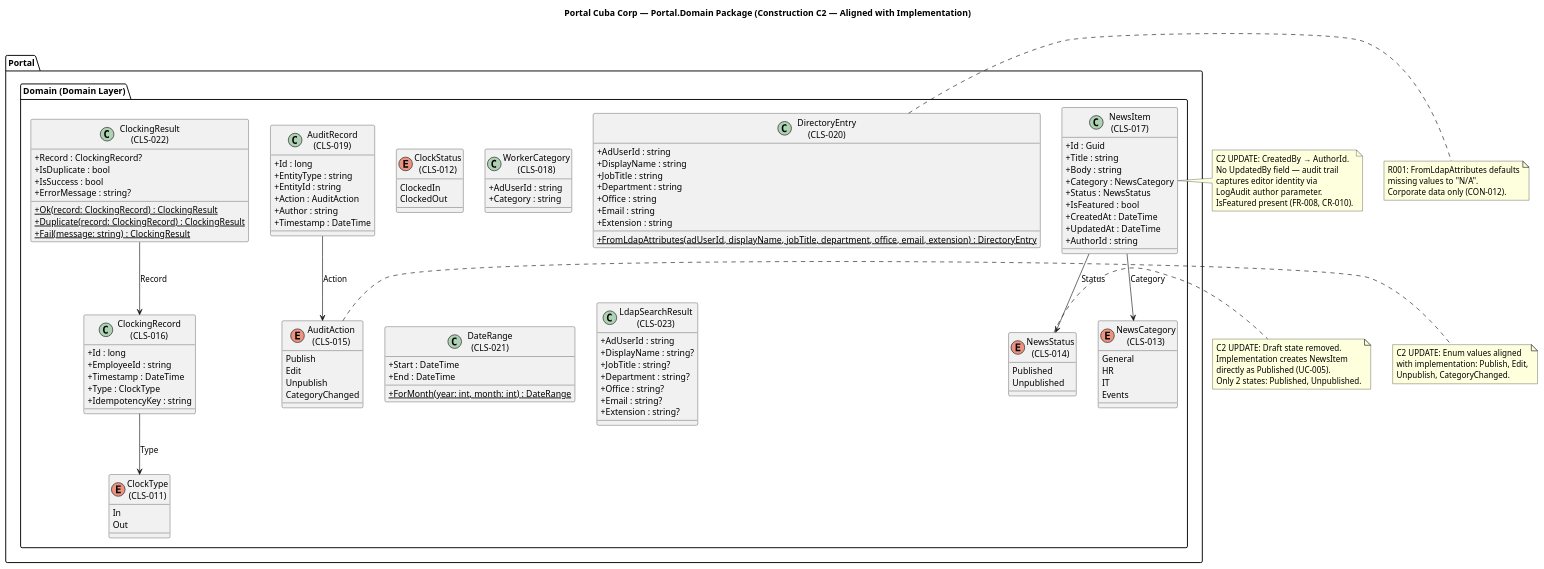
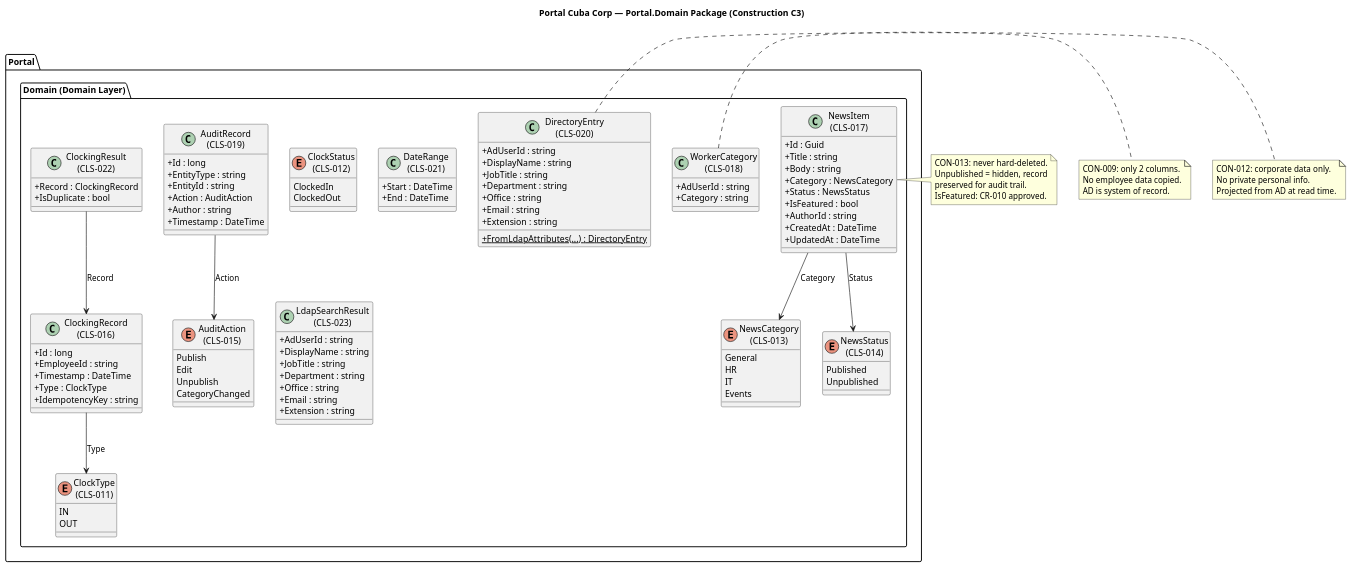
Before and after one commit to banense-test/portal-cuba-corp: diagram 14 of 32 in docs/artifacts/analysis---design/design-model.md, drawn with PlantUML. The commit also changed other lines of this file, not shown here.

````diff
--- a/docs/artifacts/analysis---design/design-model.md
+++ b/docs/artifacts/analysis---design/design-model.md
@@ -1071,14 +1064,14 @@
 ```plantuml
 @startuml
-title Portal Cuba Corp — Portal.Domain Package (Construction C2 — Aligned with Implementation)
+title Portal Cuba Corp — Portal.Domain Package (Construction C3)
 
 skinparam classAttributeIconSize 0
 
 package "Portal.Domain (Domain Layer)" {
 
   enum "ClockType\n(CLS-011)" as CLS011 {
-    In
-    Out
+    IN
+    OUT
   }
 
   enum "ClockStatus\n(CLS-012)" as CLS012 {
@@ -1120,9 +1113,9 @@
     + Category : NewsCategory
     + Status : NewsStatus
     + IsFeatured : bool
+    + AuthorId : string
     + CreatedAt : DateTime
     + UpdatedAt : DateTime
-    + AuthorId : string
   }
 
   class "WorkerCategory\n(CLS-018)" as CLS018 {
@@ -1147,33 +1140,27 @@
     + Office : string
     + Email : string
     + Extension : string
-    + {static} FromLdapAttributes(adUserId, displayName, jobTitle, department, office, email, extension) : DirectoryEntry
+    + {static} FromLdapAttributes(...) : DirectoryEntry
   }
 
   class "DateRange\n(CLS-021)" as CLS021 {
     + Start : DateTime
     + End : DateTime
-    + {static} ForMonth(year: int, month: int) : DateRange
   }
 
   class "ClockingResult\n(CLS-022)" as CLS022 {
-    + Record : ClockingRecord?
+    + Record : ClockingRecord
     + IsDuplicate : bool
-    + IsSuccess : bool
-    + ErrorMessage : string?
-    + {static} Ok(record: ClockingRecord) : ClockingResult
-    + {static} Duplicate(record: ClockingRecord) : ClockingResult
-    + {static} Fail(message: string) : ClockingResult
   }
 
   class "LdapSearchResult\n(CLS-023)" as CLS023 {
     + AdUserId : string
-    + DisplayName : string?
-    + JobTitle : string?
-    + Department : string?
-    + Office : string?
-    + Email : string?
-    + Extension : string?
+    + DisplayName : string
+    + JobTitle : string
+    + Department : string
+    + Office : string
+    + Email : string
+    + Extension : string
   }
 }
 
@@ -1183,31 +1170,23 @@
 CLS019 --> CLS015 : Action
 CLS022 --> CLS016 : Record
 
-note right of CLS014
-  C2 UPDATE: Draft state removed.
-  Implementation creates NewsItem
-  directly as Published (UC-005).
-  Only 2 states: Published, Unpublished.
+note right of CLS017
+  CON-013: never hard-deleted.
+  Unpublished = hidden, record
+  preserved for audit trail.
+  IsFeatured: CR-010 approved.
 end note
 
-note right of CLS015
-  C2 UPDATE: Enum values aligned
-  with implementation: Publish, Edit,
-  Unpublish, CategoryChanged.
-end note
-
-note right of CLS017
-  C2 UPDATE: CreatedBy → AuthorId.
-  No UpdatedBy field — audit trail
-  captures editor identity via
-  LogAudit author parameter.
-  IsFeatured present (FR-008, CR-010).
+note right of CLS018
+  CON-009: only 2 columns.
+  No employee data copied.
+  AD is system of record.
 end note
 
 note right of CLS020
-  R001: FromLdapAttributes defaults
-  missing values to "N/A".
-  Corporate data only (CON-012).
+  CON-012: corporate data only.
+  No private personal info.
+  Projected from AD at read time.
 end note
 
 @enduml
````
